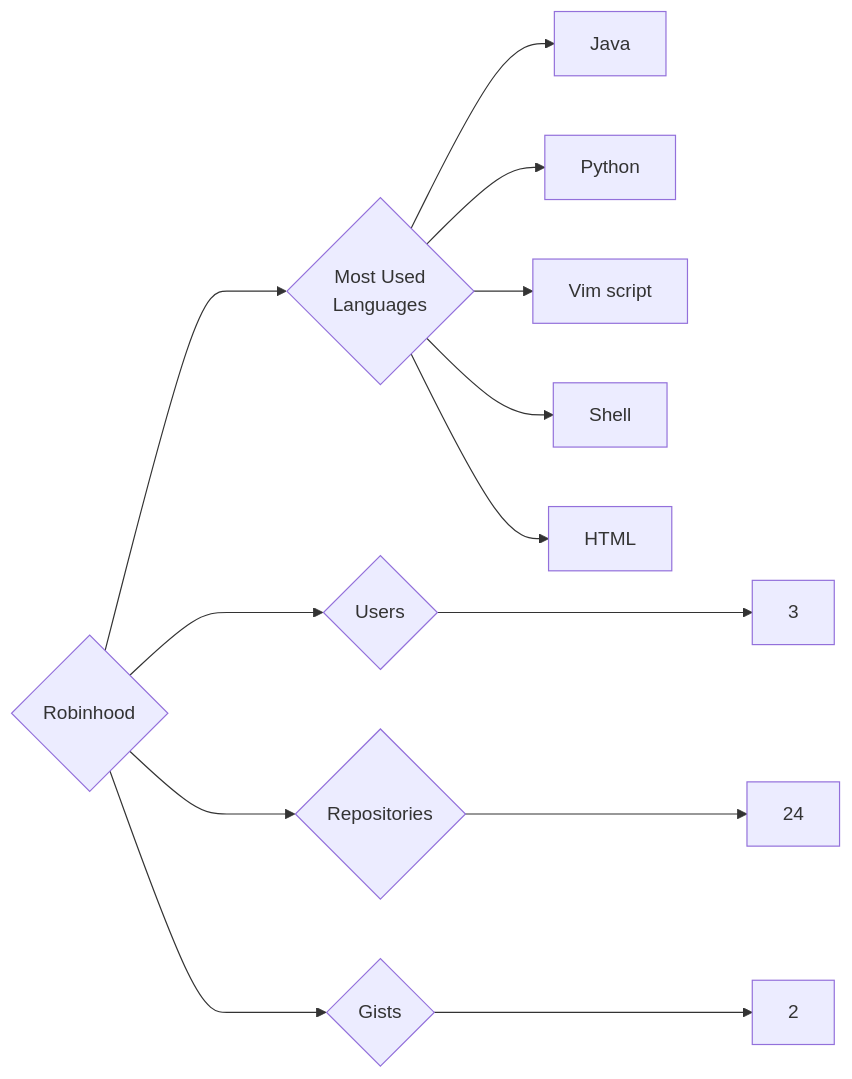
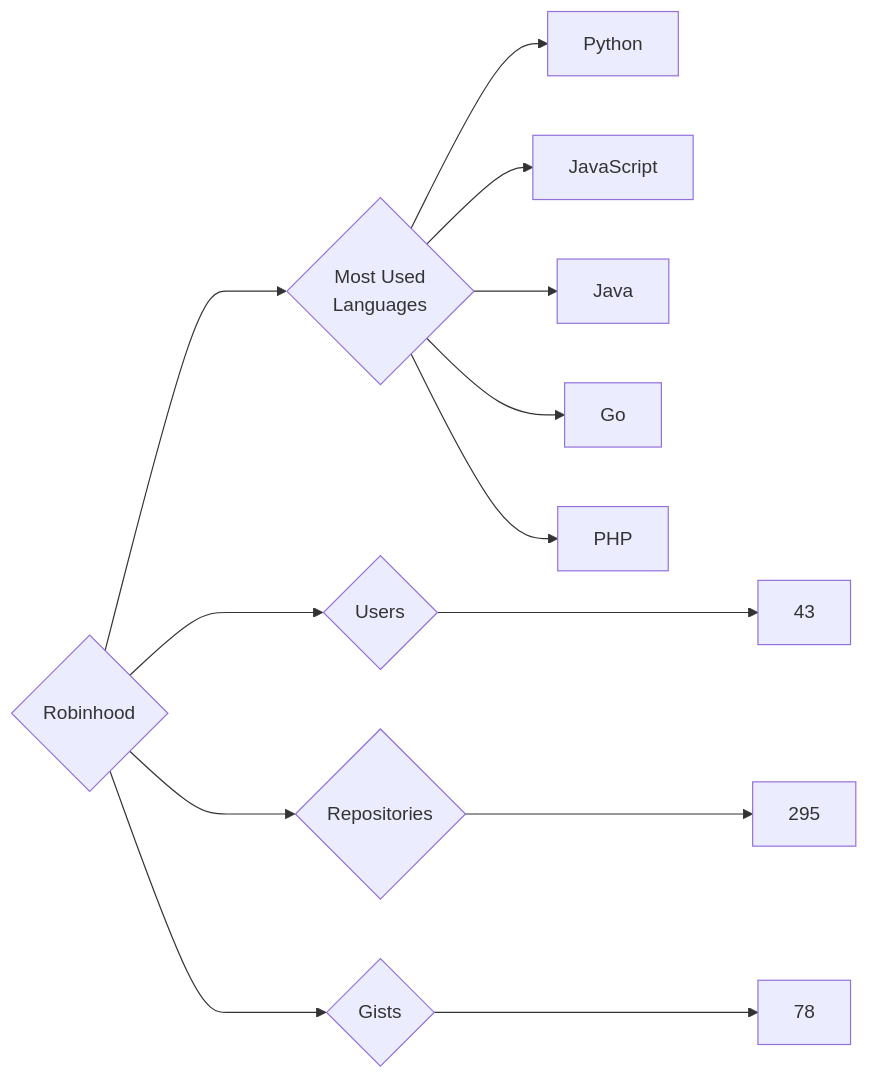
Before and after one commit to trickest/insiders: the diagram in targets/Robinhood/README.md, drawn with Mermaid. The commit also changed 969 other files, not shown here.

````diff
--- a/targets/Robinhood/README.md
+++ b/targets/Robinhood/README.md
@@ -3,13 +3,13 @@
 ```mermaid
 graph LR
 COMPANY_NAME{Robinhood}
-COMPANY_NAME ---> U{Users} ---> UN[3]
-COMPANY_NAME ---> R{Repositories} ---> RN[24]
-COMPANY_NAME ---> G{Gists} ---> GN[2]
+COMPANY_NAME ---> U{Users} ---> UN[43]
+COMPANY_NAME ---> R{Repositories} ---> RN[295]
+COMPANY_NAME ---> G{Gists} ---> GN[78]
 COMPANY_NAME ---> ML{Most Used<br>Languages}
+ML --> Python[Python]
+ML --> JavaScript[JavaScript]
 ML --> Java[Java]
-ML --> Python[Python]
-ML --> Vim_script[Vim script]
-ML --> Shell[Shell]
-ML --> HTML[HTML]
+ML --> Go[Go]
+ML --> PHP[PHP]
 ```
````
